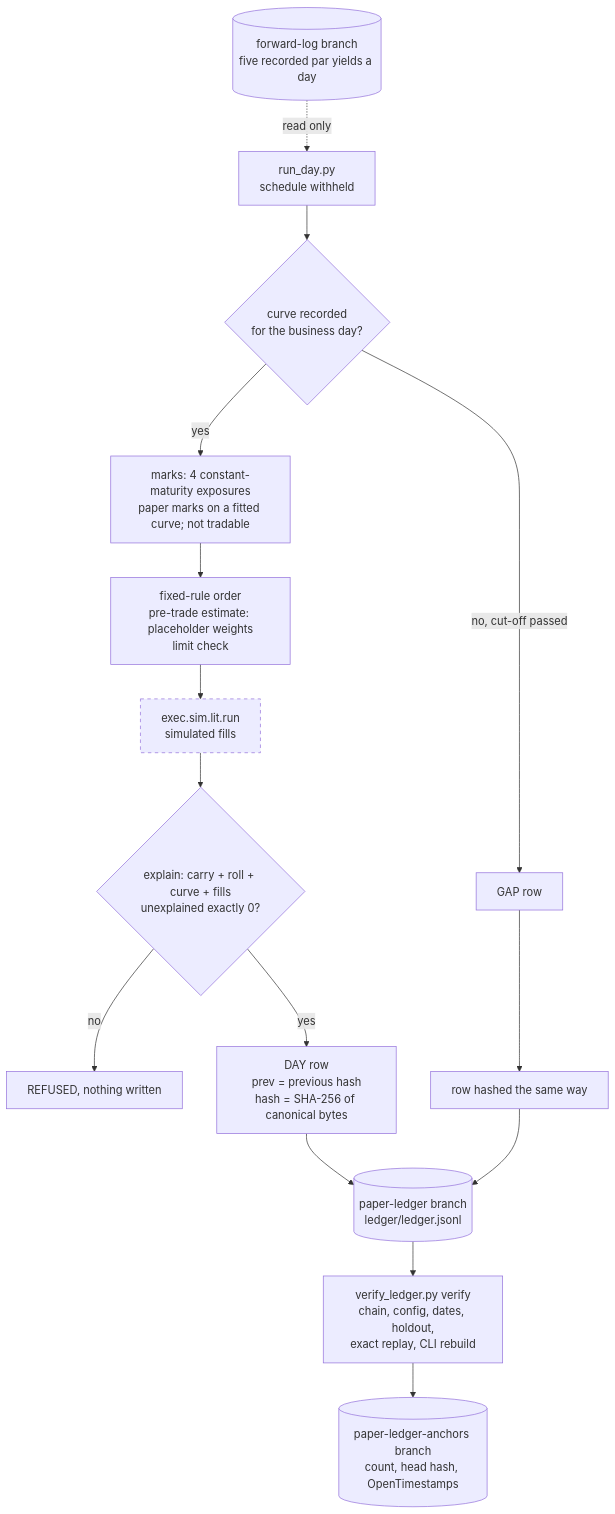
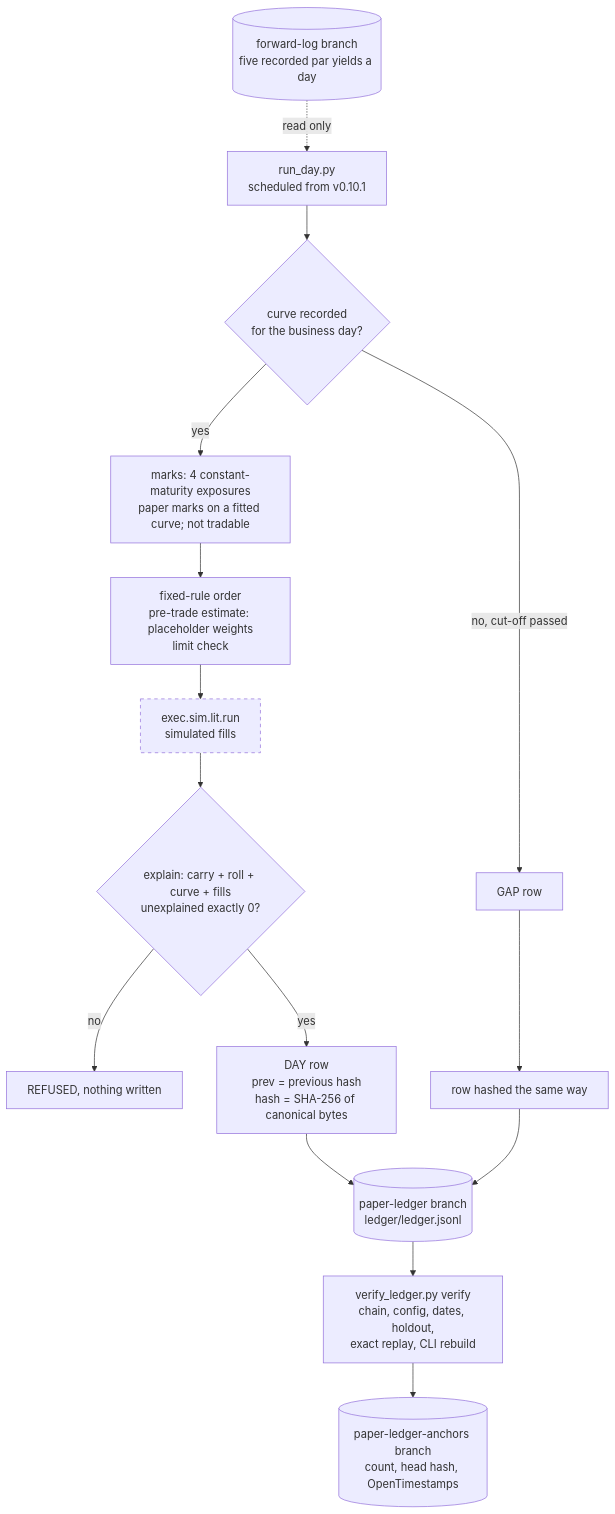
Diagram 41 of 54 in docs/diagrams/README.md (AshJha0/quantforge), drawn with Mermaid before and after one commit. The commit also changed other lines of this file and 15 other files, not shown here.

````diff
--- a/docs/diagrams/README.md
+++ b/docs/diagrams/README.md
@@ -725,20 +725,20 @@
 ```mermaid
 flowchart TB
   accTitle: Daily paper ledger run with its hash chain and anchor
   accDescr: The scheduled job reads the Treasury par yields the recorder already wrote to the forward-log branch. For each due business day it marks four constant-maturity exposures on a linear curve through five par yields, sends the fixed rule's one order through the pre-trade estimate and limit check to the simulated lit venue, computes the post-trade TCA and the P&L explain, and refuses the day unless the unexplained term is exactly zero. The row is hashed with the previous row's hash and appended to the ledger on the paper-ledger branch. The whole ledger is verified, the summary written, and the new head hash with the row count is stamped with OpenTimestamps on the paper-ledger-anchors branch. A day with no recorded curve becomes a GAP row; a day past its cut-off becomes a late row with no order.
-  FL[("forward-log branch<br/>five recorded par yields a day")] -.->|"read only"| RUN["run_day.py<br/>schedule withheld"]
+  FL[("forward-log branch<br/>five recorded par yields a day")] -.->|"read only"| RUN["run_day.py<br/>scheduled from v0.10.1"]
   RUN --> DUE{"curve recorded<br/>for the business day?"}
   DUE -->|"no, cut-off passed"| GAP[GAP row]
   DUE -->|yes| MK["marks: 4 constant-maturity exposures<br/>paper marks on a fitted curve; not tradable"]
   MK --> ORD["fixed-rule order<br/>pre-trade estimate: placeholder weights<br/>limit check"]
   ORD --> SIM["exec.sim.lit.run<br/>simulated fills"]
   SIM --> EX{"explain: carry + roll + curve + fills<br/>unexplained exactly 0?"}
   EX -->|no| REF["REFUSED, nothing written"]
   EX -->|yes| ROW["DAY row<br/>prev = previous hash<br/>hash = SHA-256 of canonical bytes"]
   GAP --> ROW2["row hashed the same way"]
   ROW & ROW2 --> L[("paper-ledger branch<br/>ledger/ledger.jsonl")]
   L --> VER["verify_ledger.py verify<br/>chain, config, dates, holdout,<br/>exact replay, CLI rebuild"]
   VER --> ANC[("paper-ledger-anchors branch<br/>count, head hash, OpenTimestamps")]
   classDef sim stroke-dasharray: 5 5
   class SIM sim
 ```
````
